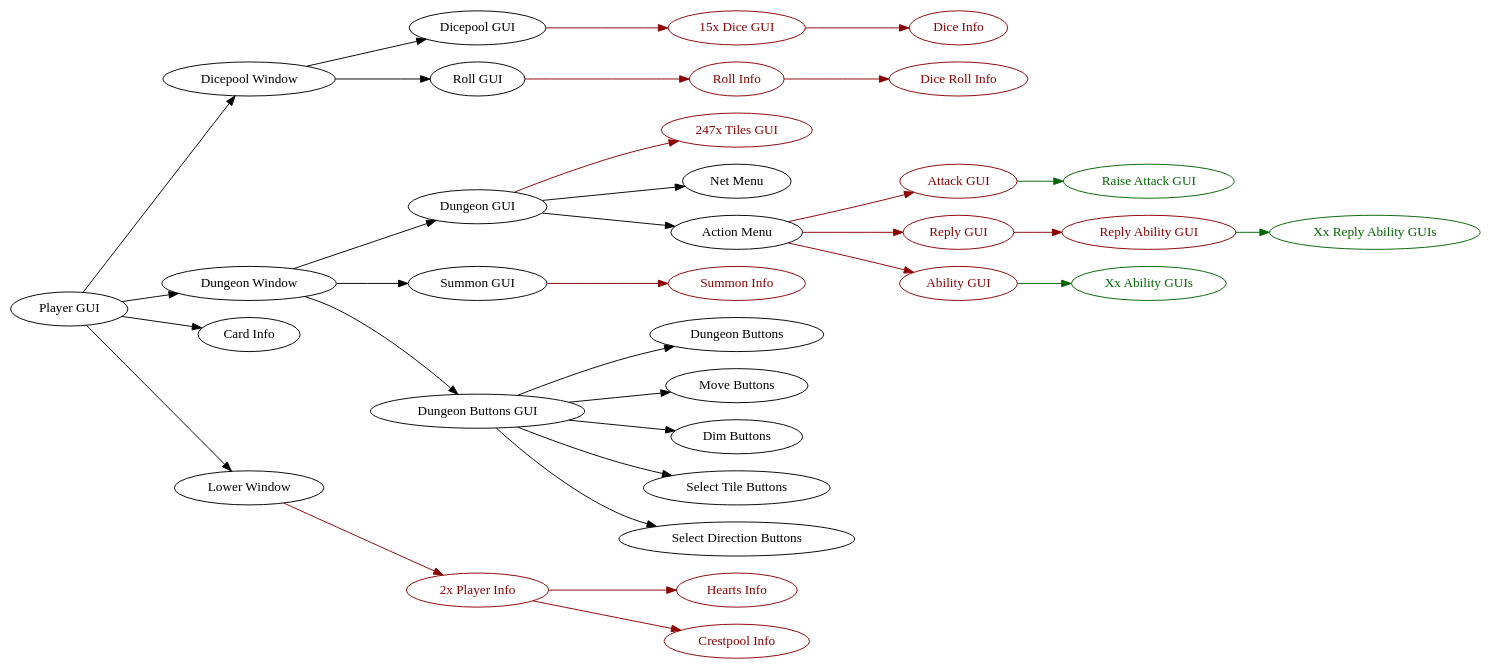
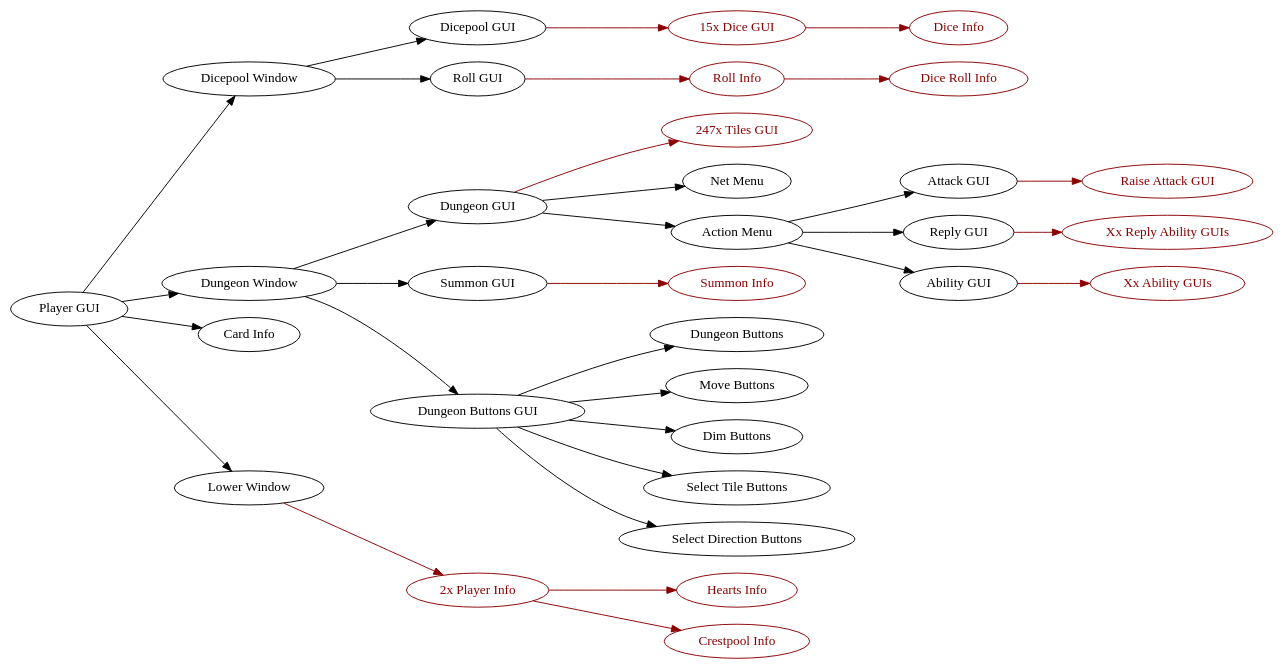
The diagram in documentation/diagrams/player_gui.dot (francocurotto/DDMre), drawn with Graphviz before and after one commit. The commit also changed 27 other files, not shown here.

```diff
--- a/documentation/diagrams/player_gui.dot
+++ b/documentation/diagrams/player_gui.dot
@@ -1,25 +1,21 @@
 digraph player_gui {
     rankdir=LR
     "Player GUI" -> {"Dicepool Window", "Dungeon Window", "Card Info", "Lower Window"}
     "Dicepool Window" -> {"Dicepool GUI", "Roll GUI"}
     "Dicepool GUI" -> {"15x Dice GUI"[color=darkred, fontcolor=darkred]} [color=darkred]
     "15x Dice GUI" -> {"Dice Info"[color=darkred, fontcolor=darkred]} [color=darkred]
     "Roll GUI" -> {"Roll Info"[color=darkred, fontcolor=darkred]} [color=darkred]
     "Roll Info" -> {"Dice Roll Info"[color=darkred, fontcolor=darkred]} [color=darkred]
     "Dungeon Window" -> {"Dungeon GUI", "Summon GUI", "Dungeon Buttons GUI"}
     "Dungeon GUI" -> {"247x Tiles GUI" [color=darkred, fontcolor=darkred]} [color=darkred]
     "Dungeon GUI" -> {"Net Menu", "Action Menu"}
-    //"Action Menu" -> {"Attack GUI", "Reply GUI", "Ability GUI"}
-    "Action Menu" -> {"Attack GUI"[color=darkred, fontcolor=darkred]} [color=darkred]
-    "Action Menu" -> {"Reply GUI"[color=darkred, fontcolor=darkred]} [color=darkred]
-    "Action Menu" -> {"Ability GUI"[color=darkred, fontcolor=darkred]} [color=darkred]
-    "Attack GUI" -> {"Raise Attack GUI"[color=darkgreen, fontcolor=darkgreen]} [color=darkgreen]
-    "Reply GUI" -> {"Reply Ability GUI"[color=darkred, fontcolor=darkred]} [color=darkred]
-    "Reply Ability GUI" -> {"Xx Reply Ability GUIs"[color=darkgreen, fontcolor=darkgreen]} [color=darkgreen]
-    "Ability GUI" -> {"Xx Ability GUIs"[color=darkgreen, fontcolor=darkgreen]} [color=darkgreen]
+    "Action Menu" -> {"Attack GUI", "Reply GUI", "Ability GUI"}
+    "Attack GUI" -> {"Raise Attack GUI"[color=darkred, fontcolor=darkred]} [color=darkred]
+    "Reply GUI" -> {"Xx Reply Ability GUIs"[color=darkred, fontcolor=darkred]} [color=darkred]
+    "Ability GUI" -> {"Xx Ability GUIs"[color=darkred, fontcolor=darkred]} [color=darkred]
     "Summon GUI" -> {"Summon Info"[color=darkred, fontcolor=darkred]} [color=darkred]
     "Dungeon Buttons GUI" -> {"Dungeon Buttons", "Move Buttons", "Dim Buttons", "Select Tile Buttons", "Select Direction Buttons"}
     "Lower Window" -> {"2x Player Info"[color=darkred, fontcolor=darkred]} [color=darkred]
     "2x Player Info" -> {"Hearts Info"[color=darkred, fontcolor=darkred]} [color=darkred] 
     "2x Player Info" -> {"Crestpool Info"[color=darkred, fontcolor=darkred]} [color=darkred]
 }
```
